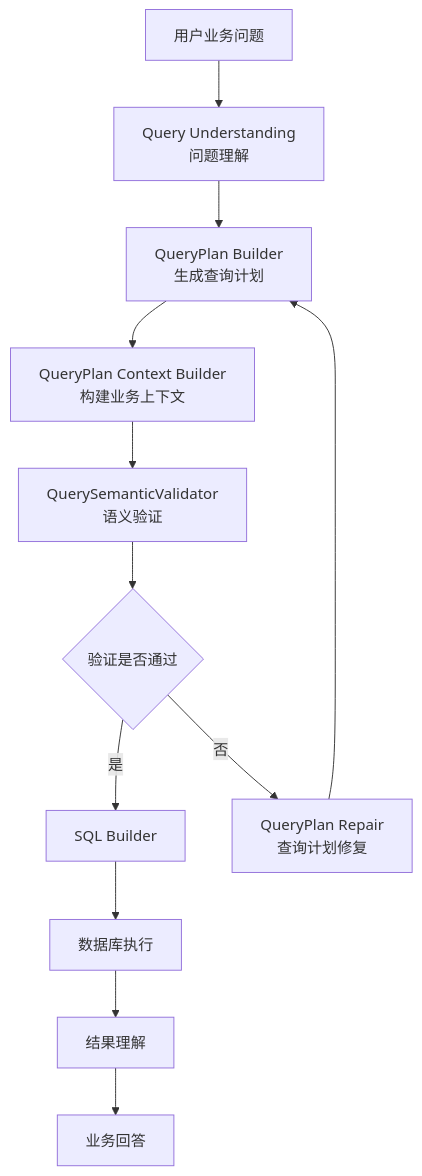
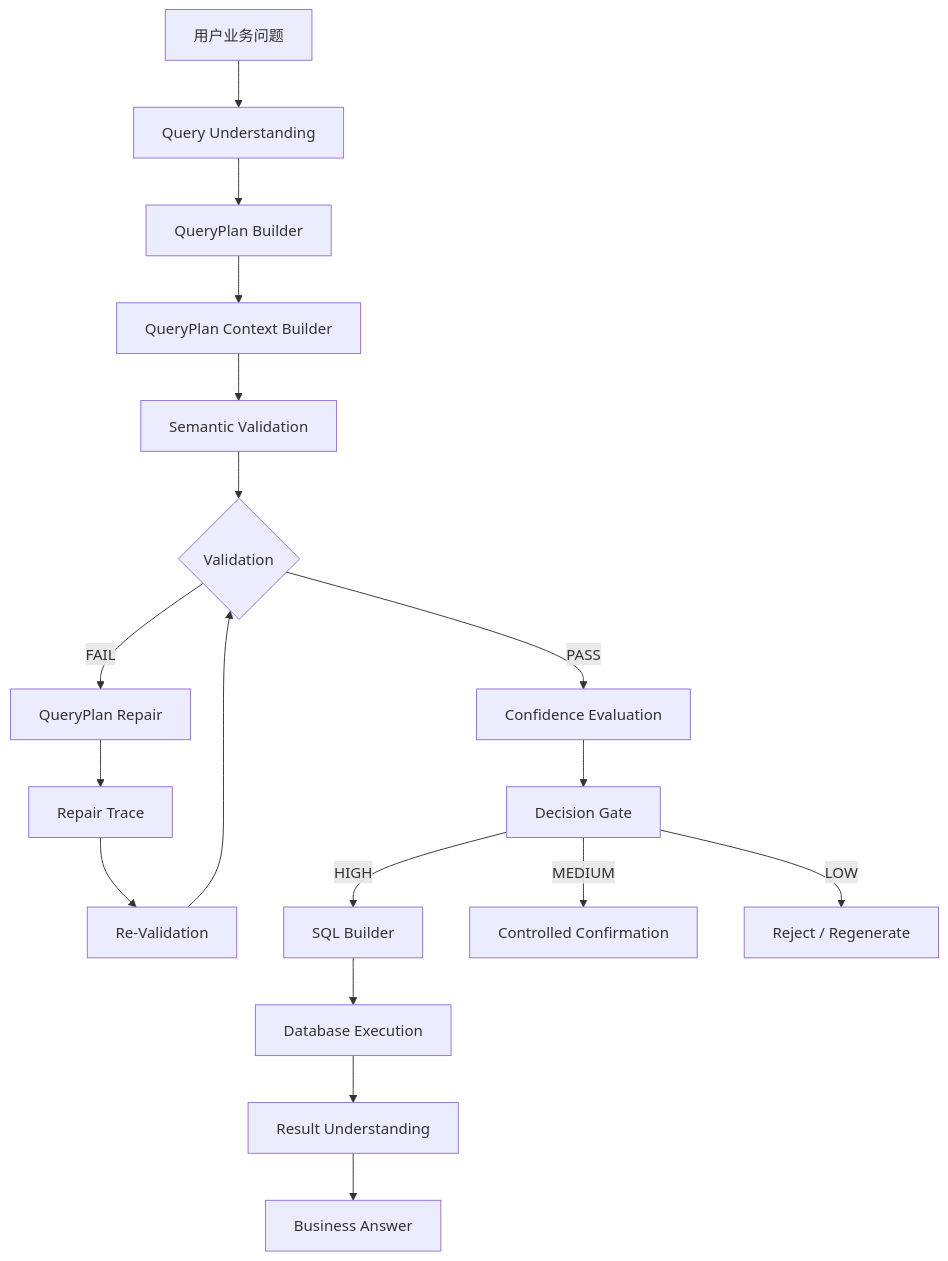
Before and after one commit to wenzhong0606-dev/SuperBuilder_AI: the third of 11 diagrams in SuperBulider_AI/wwwroot/Doc/SuperBuilder AI Native BI Phase开发计划.md, drawn with Mermaid. The commit also changed other lines of this file, not shown here.

````diff
--- a/SuperBulider_AI/wwwroot/Doc/SuperBuilder AI Native BI Phase开发计划.md
+++ b/SuperBulider_AI/wwwroot/Doc/SuperBuilder AI Native BI Phase开发计划.md
@@ -659,69 +679,73 @@
 ```mermaid
 flowchart TD
 
-
 A[用户业务问题]
-
 
 -->
 
-B[Query Understanding<br/>问题理解]
-
+B[Query Understanding]
 
 -->
 
-C[QueryPlan Builder<br/>生成查询计划]
-
+C[QueryPlan Builder]
 
 -->
 
-D[QueryPlan Context Builder<br/>构建业务上下文]
-
+D[QueryPlan Context Builder]
 
 -->
 
-E[QuerySemanticValidator<br/>语义验证]
-
+E[Semantic Validation]
 
 -->
 
-F{验证是否通过}
+F{Validation}
 
+F -- PASS -->
 
-F -- 是 -->
+G[Confidence Evaluation]
 
+F -- FAIL -->
 
-G[SQL Builder]
-
-
-F -- 否 -->
-
-
-H[QueryPlan Repair<br/>查询计划修复]
-
+H[QueryPlan Repair]
 
 H -->
 
+I[Repair Trace]
 
-C
+I -->
 
+J[Re-Validation]
+
+J -->
+
+F
 
 G -->
 
+K[Decision Gate]
 
-I[数据库执行]
+K -- HIGH -->
 
+L[SQL Builder]
 
-I -->
+K -- MEDIUM -->
 
+M[Controlled Confirmation]
 
-J[结果理解]
+K -- LOW -->
 
+N[Reject / Regenerate]
 
-J -->
+L -->
 
+O[Database Execution]
 
-K[业务回答]
+O -->
 
+P[Result Understanding]
 
+P -->
+
+Q[Business Answer]
 ```
````
